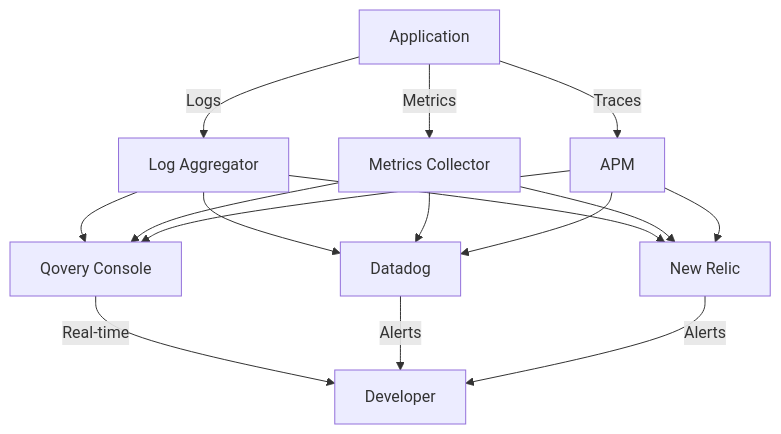
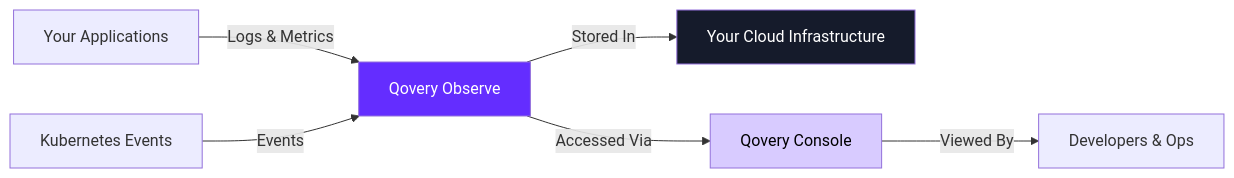
One commit to Qovery/documentation-v2 changed the diagram in guides/qovery-101/observe.mdx. Above: the diagram before and after it, drawn with Mermaid. The commit also changed other lines of this file and 10 other files, not shown here.

````diff
--- a/guides/qovery-101/observe.mdx
+++ b/guides/qovery-101/observe.mdx
@@ -29,22 +69,12 @@
 ```mermaid
-graph TB
-    A[Application] -->|Logs| B[Log Aggregator]
-    A -->|Metrics| C[Metrics Collector]
-    A -->|Traces| D[APM]
+graph LR
+    A[Your Applications] -->|Logs & Metrics| B[Qovery Observe]
+    C[Kubernetes Events] -->|Events| B
+    B -->|Stored In| D[Your Cloud Infrastructure]
+    B -->|Accessed Via| E[Qovery Console]
+    E -->|Viewed By| F[Developers & Ops]
 
-    B --> E[Qovery Console]
-    C --> E
-    D --> E
-
-    B --> F[Datadog]
-    C --> F
-    D --> F
-
-    B --> G[New Relic]
-    C --> G
-    D --> G
-
-    E -->|Real-time| H[Developer]
-    F -->|Alerts| H
-    G -->|Alerts| H
+    style B fill:#642DFF,color:#fff
+    style D fill:#151B2B,color:#fff
+    style E fill:#D8CBFF,color:#000
 ```
````
